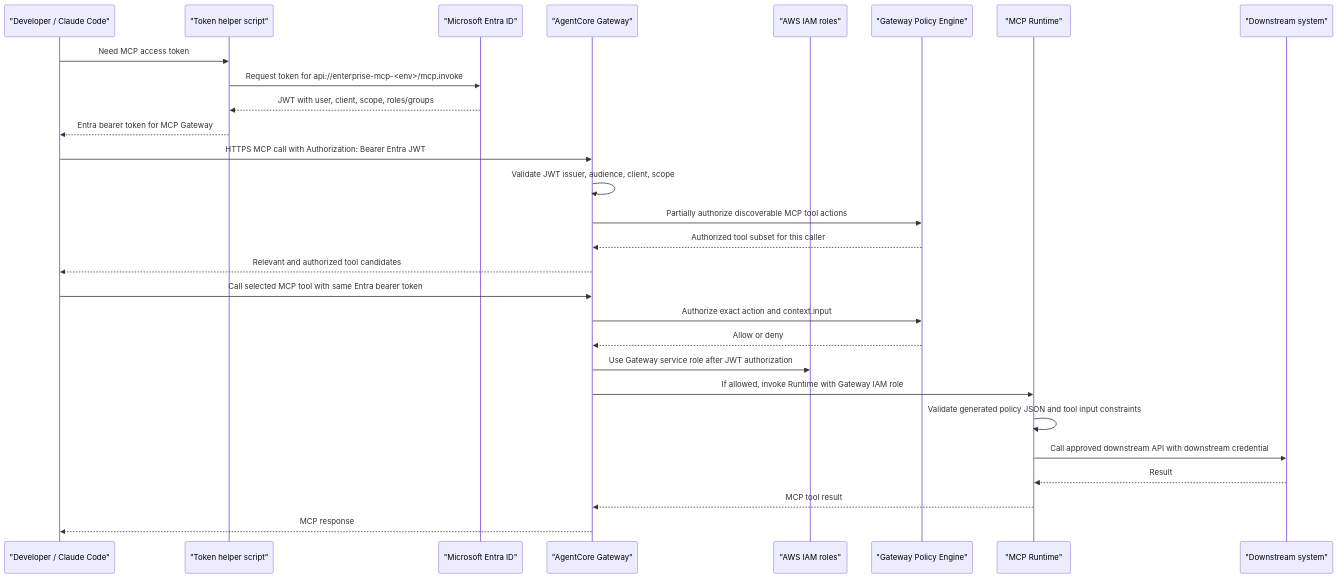
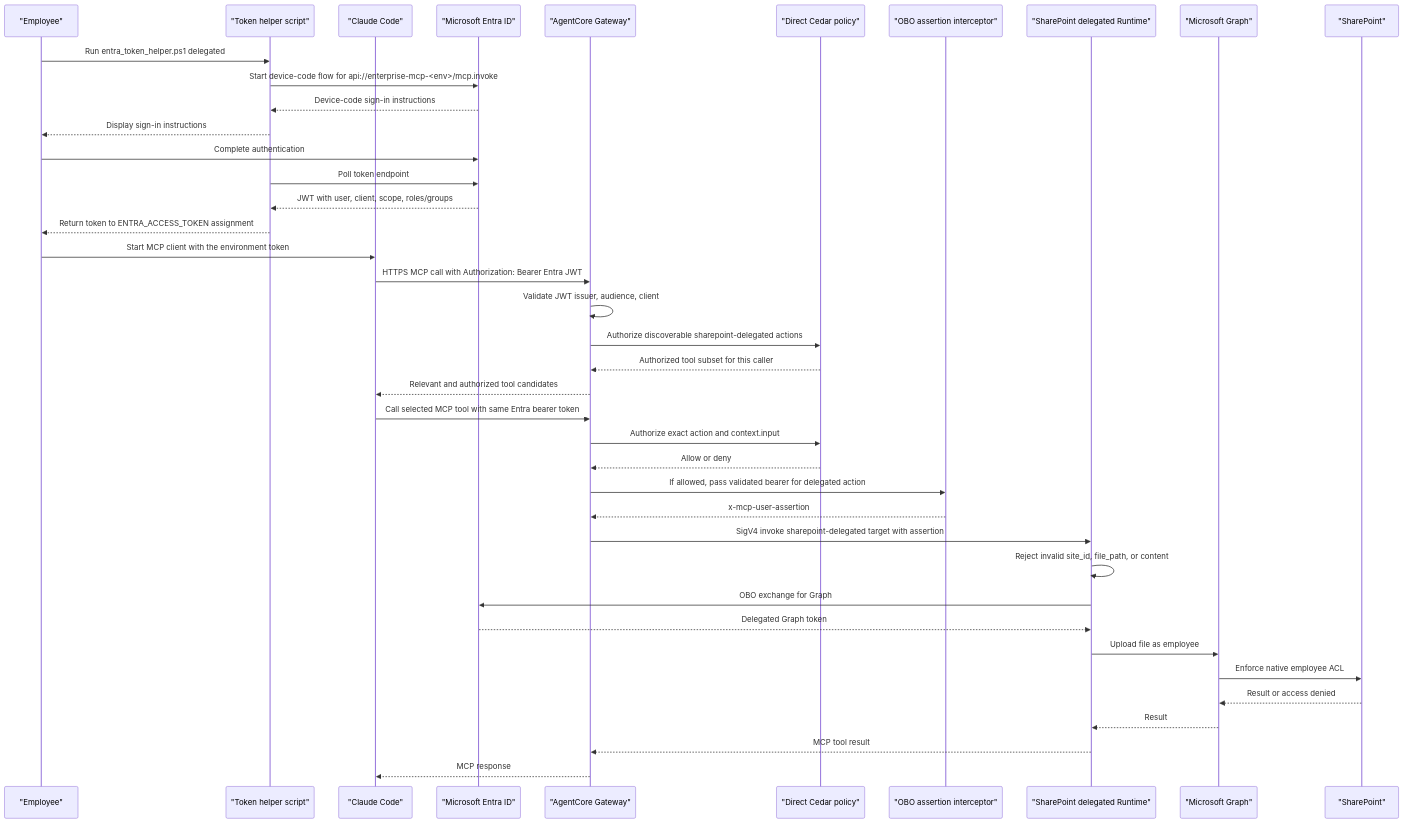
One commit to ron8520/mcp_poc changed the fifth of 7 diagrams in docs/architecture/devops-workflows.md. Above: the diagram before and after it, drawn with Mermaid. The commit also changed other lines of this file and 91 other files, not shown here.

````diff
--- a/docs/architecture/devops-workflows.md
+++ b/docs/architecture/devops-workflows.md
@@ -101,31 +110,43 @@
 ```mermaid
 sequenceDiagram
-    participant Dev as "Developer / Claude Code"
+    participant Employee as "Employee"
     participant Script as "Token helper script"
+    participant Claude as "Claude Code"
     participant Entra as "Microsoft Entra ID"
     participant GW as "AgentCore Gateway"
-    participant IAM as "AWS IAM roles"
-    participant Policy as "Gateway Policy Engine"
-    participant RT as "MCP Runtime"
-    participant DS as "Downstream system"
+    participant Cedar as "Direct Cedar policy"
+    participant Interceptor as "OBO assertion interceptor"
+    participant RT as "SharePoint delegated Runtime"
+    participant Graph as "Microsoft Graph"
+    participant SP as "SharePoint"
 
-    Dev->>Script: Need MCP access token
-    Script->>Entra: Request token for api://enterprise-mcp-<env>/mcp.invoke
+    Employee->>Script: Run entra_token_helper.ps1 delegated
+    Script->>Entra: Start device-code flow for api://enterprise-mcp-<env>/mcp.invoke
+    Entra-->>Script: Device-code sign-in instructions
+    Script-->>Employee: Display sign-in instructions
+    Employee->>Entra: Complete authentication
+    Script->>Entra: Poll token endpoint
     Entra-->>Script: JWT with user, client, scope, roles/groups
-    Script-->>Dev: Entra bearer token for MCP Gateway
-    Dev->>GW: HTTPS MCP call with Authorization: Bearer Entra JWT
-    GW->>GW: Validate JWT issuer, audience, client, scope
-    GW->>Policy: Partially authorize discoverable MCP tool actions
-    Policy-->>GW: Authorized tool subset for this caller
-    GW-->>Dev: Relevant and authorized tool candidates
-    Dev->>GW: Call selected MCP tool with same Entra bearer token
-    GW->>Policy: Authorize exact action and context.input
-    Policy-->>GW: Allow or deny
-    GW->>IAM: Use Gateway service role after JWT authorization
-    GW->>RT: If allowed, invoke Runtime with Gateway IAM role
-    RT->>RT: Validate generated policy JSON and tool input constraints
-    RT->>DS: Call approved downstream API with downstream credential
-    DS-->>RT: Result
+    Script-->>Employee: Return token to ENTRA_ACCESS_TOKEN assignment
+    Employee->>Claude: Start MCP client with the environment token
+    Claude->>GW: HTTPS MCP call with Authorization: Bearer Entra JWT
+    GW->>GW: Validate JWT issuer, audience, client
+    GW->>Cedar: Authorize discoverable sharepoint-delegated actions
+    Cedar-->>GW: Authorized tool subset for this caller
+    GW-->>Claude: Relevant and authorized tool candidates
+    Claude->>GW: Call selected MCP tool with same Entra bearer token
+    GW->>Cedar: Authorize exact action and context.input
+    Cedar-->>GW: Allow or deny
+    GW->>Interceptor: If allowed, pass validated bearer for delegated action
+    Interceptor-->>GW: x-mcp-user-assertion
+    GW->>RT: SigV4 invoke sharepoint-delegated target with assertion
+    RT->>RT: Reject invalid site_id, file_path, or content
+    RT->>Entra: OBO exchange for Graph
+    Entra-->>RT: Delegated Graph token
+    RT->>Graph: Upload file as employee
+    Graph->>SP: Enforce native employee ACL
+    SP-->>Graph: Result or access denied
+    Graph-->>RT: Result
     RT-->>GW: MCP tool result
-    GW-->>Dev: MCP response
+    GW-->>Claude: MCP response
 ```
````
